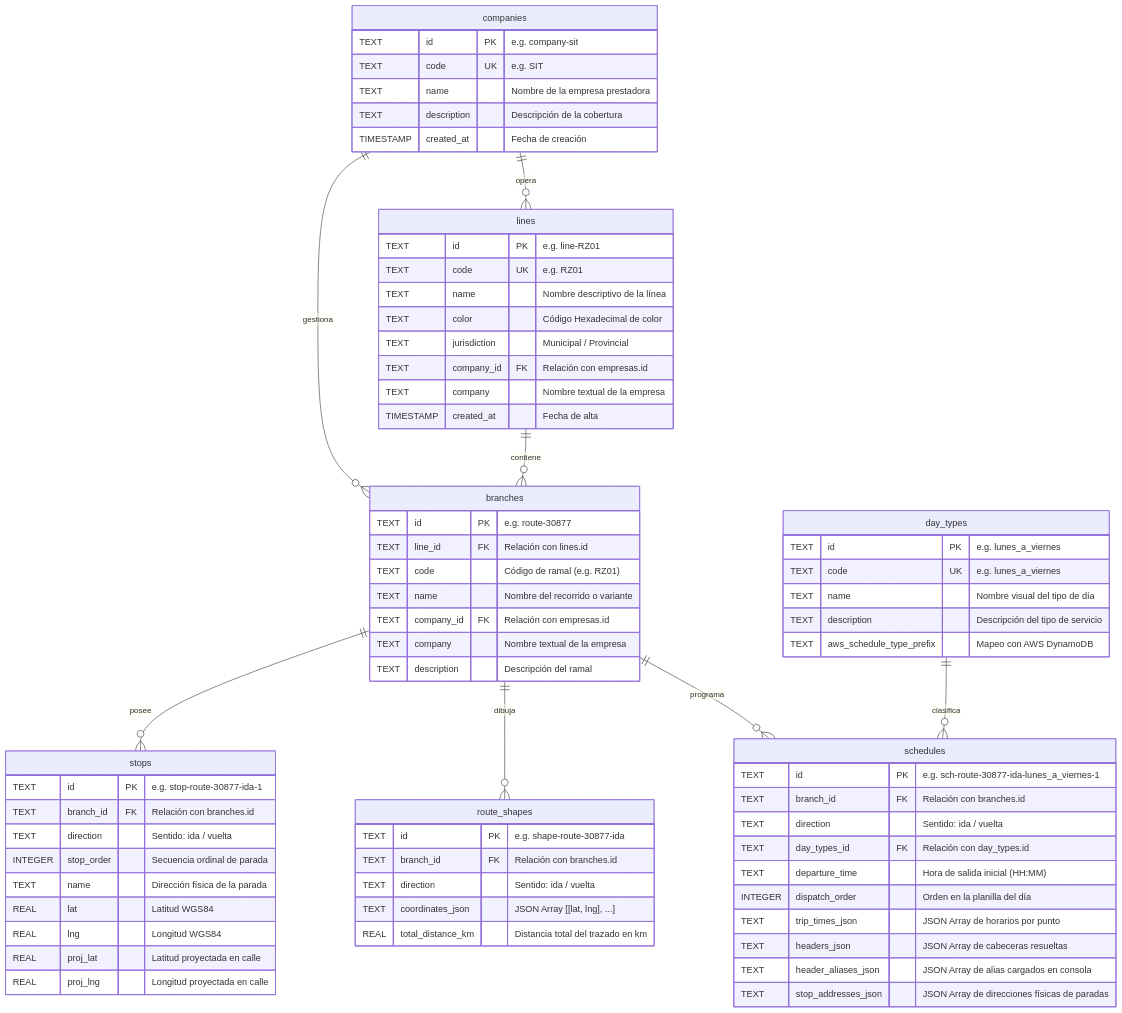
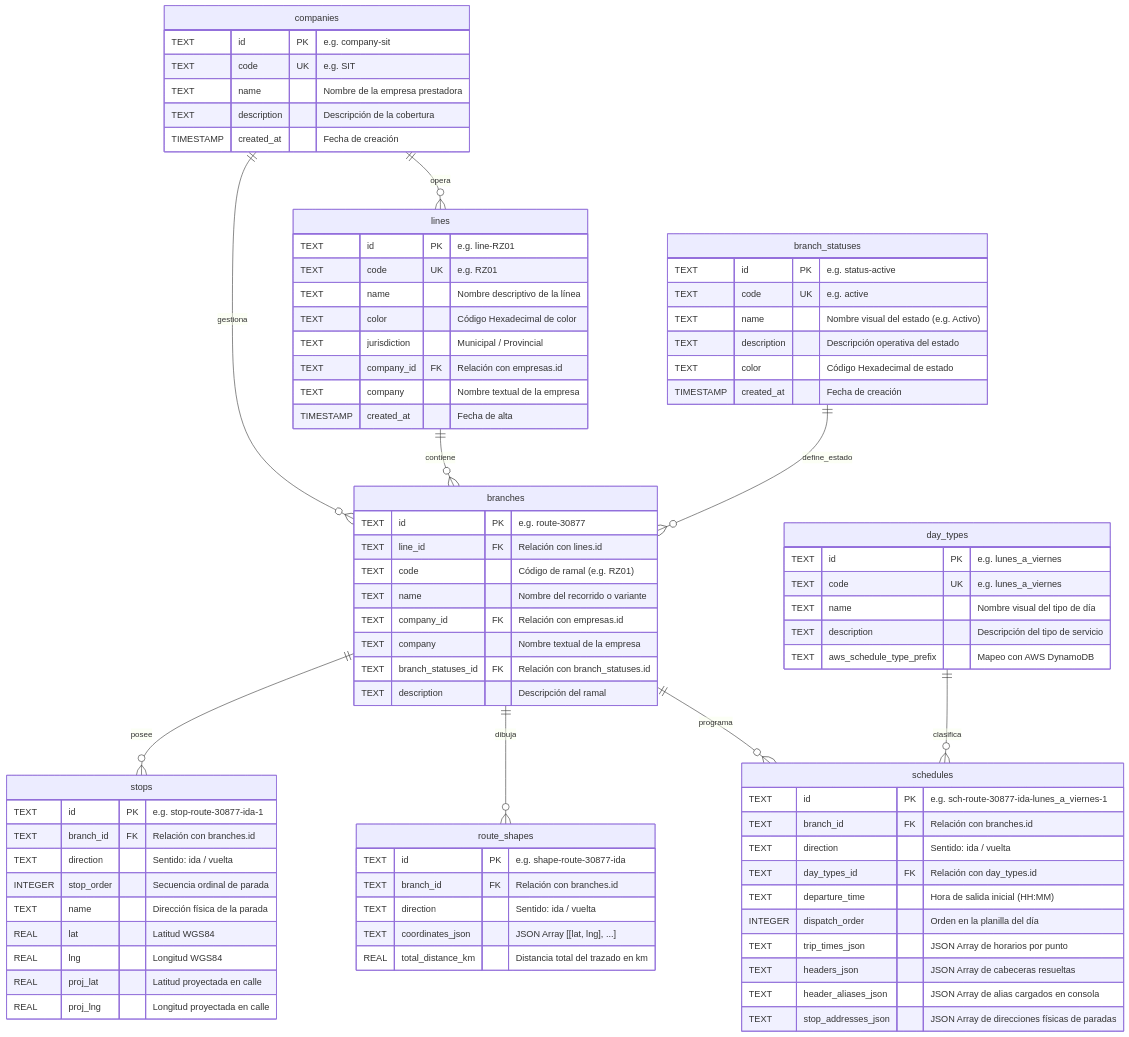
One commit to CollieHub/collie-mobility-transit-webpage-app-docs changed the diagram in database/entity_relationship_diagram.mmd. Above: the diagram before and after it, drawn with Mermaid. The commit also changed 1 other file, not shown here.

Commit message:
docs(database): update ER diagram and schema docs with branch_statuses table

```diff
--- a/database/entity_relationship_diagram.mmd
+++ b/database/entity_relationship_diagram.mmd
@@ -1,78 +1,89 @@
 erDiagram
     companies ||--o{ lines : "opera"
     companies ||--o{ branches : "gestiona"
     lines ||--o{ branches : "contiene"
+    branch_statuses ||--o{ branches : "define_estado"
     branches ||--o{ stops : "posee"
     branches ||--o{ route_shapes : "dibuja"
     branches ||--o{ schedules : "programa"
     day_types ||--o{ schedules : "clasifica"
 
     companies {
         TEXT id PK "e.g. company-sit"
         TEXT code UK "e.g. SIT"
         TEXT name "Nombre de la empresa prestadora"
         TEXT description "Descripción de la cobertura"
         TIMESTAMP created_at "Fecha de creación"
     }
 
     lines {
         TEXT id PK "e.g. line-RZ01"
         TEXT code UK "e.g. RZ01"
         TEXT name "Nombre descriptivo de la línea"
         TEXT color "Código Hexadecimal de color"
         TEXT jurisdiction "Municipal / Provincial"
         TEXT company_id FK "Relación con empresas.id"
         TEXT company "Nombre textual de la empresa"
         TIMESTAMP created_at "Fecha de alta"
     }
 
+    branch_statuses {
+        TEXT id PK "e.g. status-active"
+        TEXT code UK "e.g. active"
+        TEXT name "Nombre visual del estado (e.g. Activo)"
+        TEXT description "Descripción operativa del estado"
+        TEXT color "Código Hexadecimal de estado"
+        TIMESTAMP created_at "Fecha de creación"
+    }
+
     branches {
         TEXT id PK "e.g. route-30877"
         TEXT line_id FK "Relación con lines.id"
         TEXT code "Código de ramal (e.g. RZ01)"
         TEXT name "Nombre del recorrido o variante"
         TEXT company_id FK "Relación con empresas.id"
         TEXT company "Nombre textual de la empresa"
+        TEXT branch_statuses_id FK "Relación con branch_statuses.id"
         TEXT description "Descripción del ramal"
     }
 
     stops {
         TEXT id PK "e.g. stop-route-30877-ida-1"
         TEXT branch_id FK "Relación con branches.id"
         TEXT direction "Sentido: ida / vuelta"
         INTEGER stop_order "Secuencia ordinal de parada"
         TEXT name "Dirección física de la parada"
         REAL lat "Latitud WGS84"
         REAL lng "Longitud WGS84"
         REAL proj_lat "Latitud proyectada en calle"
         REAL proj_lng "Longitud proyectada en calle"
     }
 
     route_shapes {
         TEXT id PK "e.g. shape-route-30877-ida"
         TEXT branch_id FK "Relación con branches.id"
         TEXT direction "Sentido: ida / vuelta"
         TEXT coordinates_json "JSON Array [[lat, lng], ...]"
         REAL total_distance_km "Distancia total del trazado en km"
     }
 
     day_types {
         TEXT id PK "e.g. lunes_a_viernes"
         TEXT code UK "e.g. lunes_a_viernes"
         TEXT name "Nombre visual del tipo de día"
         TEXT description "Descripción del tipo de servicio"
         TEXT aws_schedule_type_prefix "Mapeo con AWS DynamoDB"
     }
 
     schedules {
         TEXT id PK "e.g. sch-route-30877-ida-lunes_a_viernes-1"
         TEXT branch_id FK "Relación con branches.id"
         TEXT direction "Sentido: ida / vuelta"
         TEXT day_types_id FK "Relación con day_types.id"
         TEXT departure_time "Hora de salida inicial (HH:MM)"
         INTEGER dispatch_order "Orden en la planilla del día"
         TEXT trip_times_json "JSON Array de horarios por punto"
         TEXT headers_json "JSON Array de cabeceras resueltas"
         TEXT header_aliases_json "JSON Array de alias cargados en consola"
         TEXT stop_addresses_json "JSON Array de direcciones físicas de paradas"
     }
```
